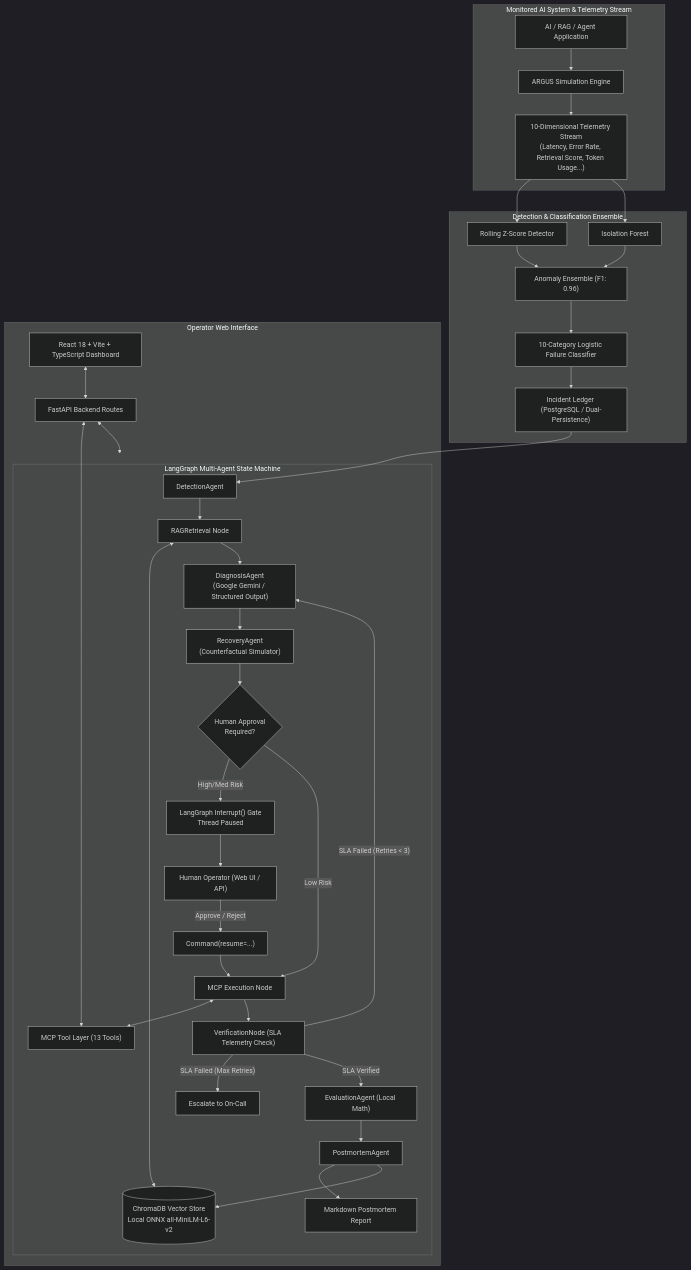
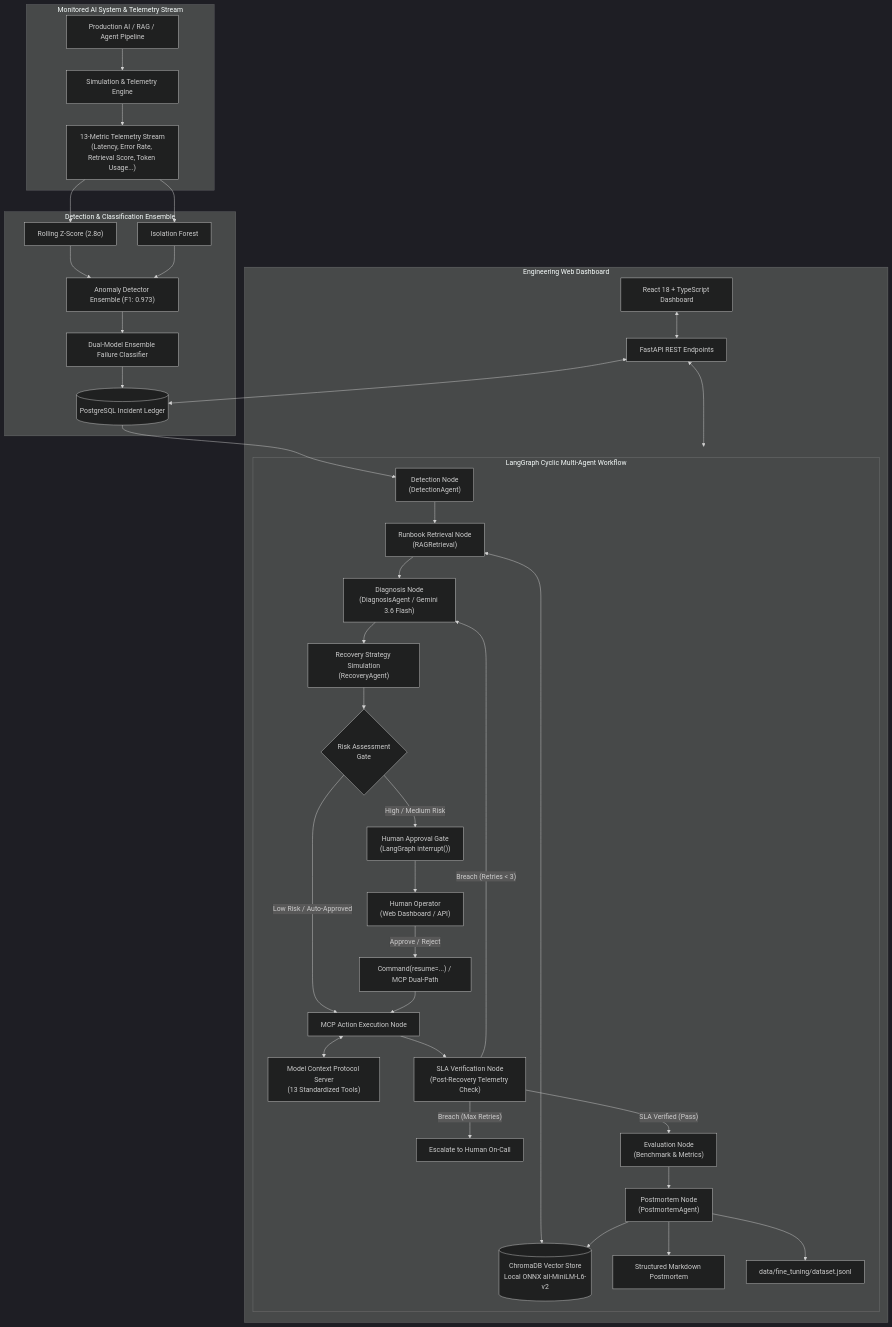
Before and after one commit to harishkryadav0506-cpu/argus-ai-reliability-platform: the diagram in README.md, drawn with Mermaid (dark theme). The commit also changed other lines of this file and 16 other files, not shown here.

Commit message:
Fix SLA breach comparison bugs, confidence mismatch, agent loop count formatting; add README, demo script, and exclude internal task prompts

````diff
--- a/README.md
+++ b/README.md
@@ -60,43 +54,44 @@
 ```mermaid
-graph TB
+graph TD
     subgraph Monitored_System["Monitored AI System & Telemetry Stream"]
-        App["AI / RAG / Agent Application"] --> Engine["ARGUS Simulation Engine"]
-        Engine --> Telemetry["10-Dimensional Telemetry Stream<br/>(Latency, Error Rate, Retrieval Score, Token Usage...)"]
+        App["Production AI / RAG / Agent Pipeline"] --> Sim["Simulation & Telemetry Engine"]
+        Sim --> Stream["13-Metric Telemetry Stream<br/>(Latency, Error Rate, Retrieval Score, Token Usage...)"]
     end
 
     subgraph Detection_Layer["Detection & Classification Ensemble"]
-        Telemetry --> ZScore["Rolling Z-Score Detector"]
-        Telemetry --> IsoForest["Isolation Forest"]
-        ZScore & IsoForest --> AnomalyEnsemble["Anomaly Ensemble (F1: 0.96)"]
-        AnomalyEnsemble --> Classifier["10-Category Logistic Failure Classifier"]
-        Classifier --> IncLedger["Incident Ledger (PostgreSQL / Dual-Persistence)"]
+        Stream --> ZScore["Rolling Z-Score (2.8σ)"]
+        Stream --> IsoForest["Isolation Forest"]
+        ZScore & IsoForest --> Detector["Anomaly Detector Ensemble (F1: 0.973)"]
+        Detector --> Classifier["Dual-Model Ensemble Failure Classifier"]
+        Classifier --> Ledger[("PostgreSQL Incident Ledger")]
     end
 
-    subgraph Agentic_Core["LangGraph Multi-Agent State Machine"]
-        IncLedger --> DetAgent["DetectionAgent"]
-        DetAgent --> RAGNode["RAGRetrieval Node"]
-        RAGNode <--> ChromaDB[("ChromaDB Vector Store<br/>Local ONNX all-MiniLM-L6-v2")]
-        RAGNode --> DiagAgent["DiagnosisAgent<br/>(Google Gemini / Structured Output)"]
-        DiagAgent --> RecAgent["RecoveryAgent<br/>(Counterfactual Simulator)"]
-        RecAgent --> HumanGate{"Human Approval<br/>Required?"}
-        HumanGate -- "High/Med Risk" --> Interrupt["LangGraph Interrupt() Gate<br/>Thread Paused"]
-        HumanGate -- "Low Risk" --> ExecNode["MCP Execution Node"]
-        Interrupt --> Operator["Human Operator (Web UI / API)"]
-        Operator -- "Approve / Reject" --> ResumeCmd["Command(resume=...)"]
-        ResumeCmd --> ExecNode
-        ExecNode <--> MCPServer["MCP Tool Layer (13 Tools)"]
-        ExecNode --> VerifNode["VerificationNode (SLA Telemetry Check)"]
-        VerifNode -- "SLA Failed (Retries < 3)" --> DiagAgent
-        VerifNode -- "SLA Failed (Max Retries)" --> Escalate["Escalate to On-Call"]
-        VerifNode -- "SLA Verified" --> EvalAgent["EvaluationAgent (Local Math)"]
-        EvalAgent --> PMAgent["PostmortemAgent"]
-        PMAgent --> PostmortemReport["Markdown Postmortem Report"]
-        PMAgent --> ChromaDB
+    subgraph Agentic_Core["LangGraph Cyclic Multi-Agent Workflow"]
+        Ledger --> NodeDetect["Detection Node<br/>(DetectionAgent)"]
+        NodeDetect --> NodeRAG["Runbook Retrieval Node<br/>(RAGRetrieval)"]
+        NodeRAG <--> ChromaDB[("ChromaDB Vector Store<br/>Local ONNX all-MiniLM-L6-v2")]
+        NodeRAG --> NodeDiag["Diagnosis Node<br/>(DiagnosisAgent / Gemini 3.6 Flash)"]
+        NodeDiag --> NodeRec["Recovery Strategy Simulation<br/>(RecoveryAgent)"]
+        NodeRec --> Gate{"Risk Assessment<br/>Gate"}
+        Gate -- "High / Medium Risk" --> Interrupt["Human Approval Gate<br/>(LangGraph interrupt())"]
+        Gate -- "Low Risk / Auto-Approved" --> NodeExec["MCP Action Execution Node"]
+        Interrupt --> Operator["Human Operator<br/>(Web Dashboard / API)"]
+        Operator -- "Approve / Reject" --> ResumeCmd["Command(resume=...) / MCP Dual-Path"]
+        ResumeCmd --> NodeExec
+        NodeExec <--> MCP["Model Context Protocol Server<br/>(13 Standardized Tools)"]
+        NodeExec --> NodeVerif["SLA Verification Node<br/>(Post-Recovery Telemetry Check)"]
+        NodeVerif -- "Breach (Retries < 3)" --> NodeDiag
+        NodeVerif -- "Breach (Max Retries)" --> Escalate["Escalate to Human On-Call"]
+        NodeVerif -- "SLA Verified (Pass)" --> NodeEval["Evaluation Node<br/>(Benchmark & Metrics)"]
+        NodeEval --> NodePM["Postmortem Node<br/>(PostmortemAgent)"]
+        NodePM --> Report["Structured Markdown Postmortem"]
+        NodePM --> ChromaDB
+        NodePM --> FineTune["data/fine_tuning/dataset.jsonl"]
     end
 
-    subgraph Frontend_App["Operator Web Interface"]
-        WebUI["React 18 + Vite + TypeScript Dashboard"] <--> FastAPI["FastAPI Backend Routes"]
-        FastAPI <--> Agentic_Core
-        FastAPI <--> MCPServer
+    subgraph Operator_UI["Engineering Web Dashboard"]
+        WebUI["React 18 + TypeScript Dashboard"] <--> API["FastAPI REST Endpoints"]
+        API <--> Agentic_Core
+        API <--> Ledger
     end
 ```
````
